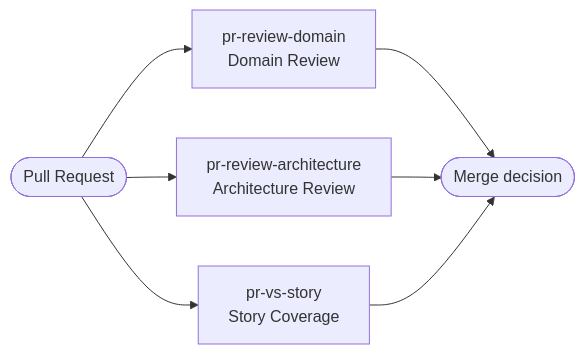
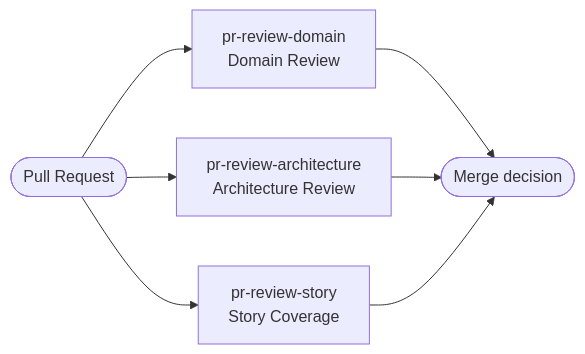
One commit to JSdotNet/Copilot changed the second of 2 diagrams in plugins/fincent/README.md. Above: the diagram before and after it, drawn with Mermaid. The commit also changed other lines of this file and 2 other files, not shown here.

Commit message:
refactor(fincent): rename pr-vs-story to pr-review-story

````diff
--- a/plugins/fincent/README.md
+++ b/plugins/fincent/README.md
@@ -31,9 +31,9 @@
 ```mermaid
 flowchart LR
     PR([Pull Request]) --> PD[pr-review-domain\nDomain Review]
     PR --> PA[pr-review-architecture\nArchitecture Review]
-    PR --> PS[pr-vs-story\nStory Coverage]
+    PR --> PS[pr-review-story\nStory Coverage]
     PD --> MERGE([Merge decision])
     PA --> MERGE
     PS --> MERGE
 ```
````
